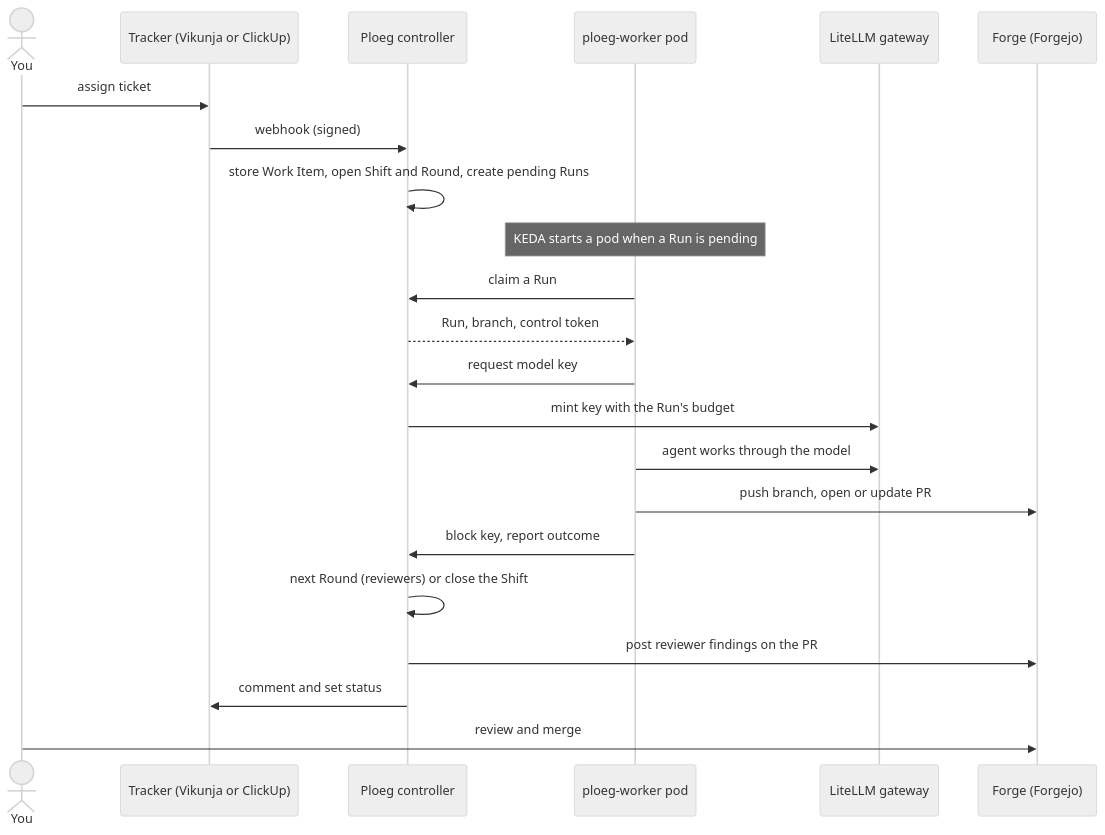
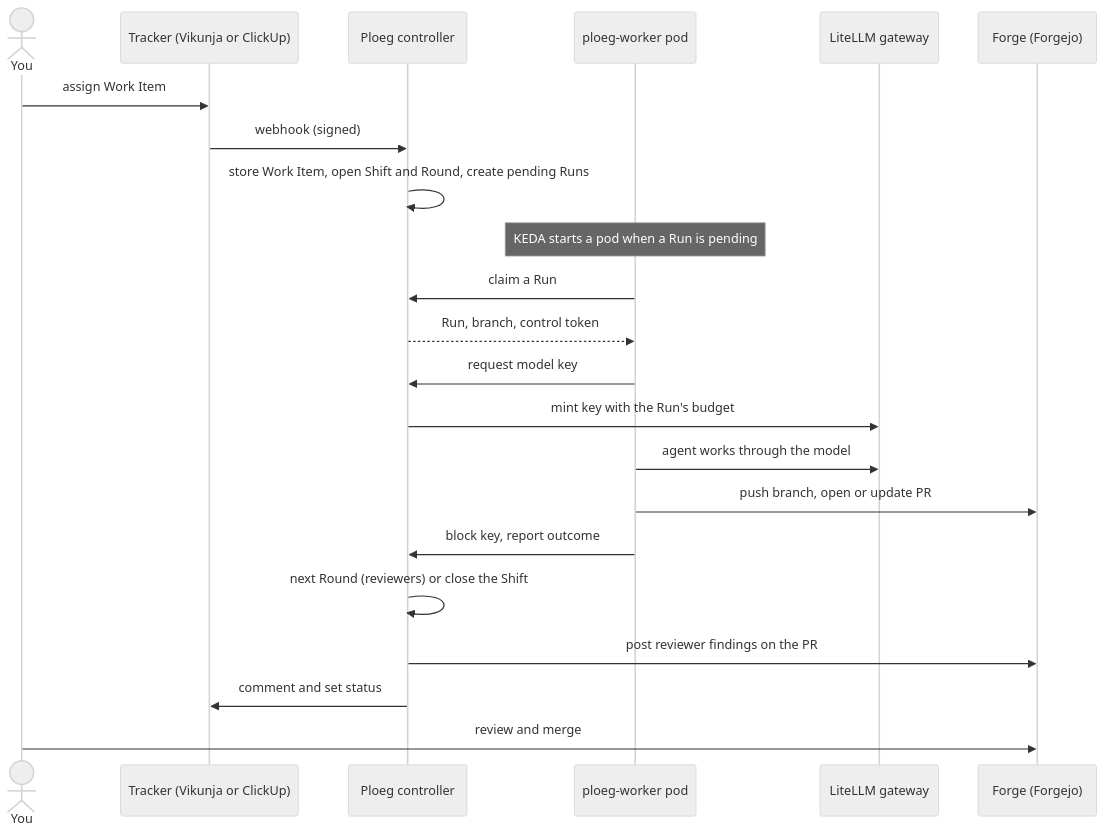
Before and after one commit to webgrip/glide: the diagram in docs/concepts/how-work-flows.md, drawn with Mermaid (neutral theme). The commit also changed other lines of this file and 17 other files, not shown here.

First line of the commit message:
docs: make the Work Item the unit of work and let work create work

````diff
--- a/docs/concepts/how-work-flows.md
+++ b/docs/concepts/how-work-flows.md
@@ -22,24 +22,24 @@
 ```mermaid
 sequenceDiagram
     actor You
     participant Tracker as Tracker (Vikunja or ClickUp)
     participant Ploeg as Ploeg controller
     participant Worker as ploeg-worker pod
     participant LiteLLM as LiteLLM gateway
     participant Forge as Forge (Forgejo)
-    You->>Tracker: assign ticket
+    You->>Tracker: assign Work Item
     Tracker->>Ploeg: webhook (signed)
     Ploeg->>Ploeg: store Work Item, open Shift and Round, create pending Runs
     Note over Worker: KEDA starts a pod when a Run is pending
     Worker->>Ploeg: claim a Run
     Ploeg-->>Worker: Run, branch, control token
     Worker->>Ploeg: request model key
     Ploeg->>LiteLLM: mint key with the Run's budget
     Worker->>LiteLLM: agent works through the model
     Worker->>Forge: push branch, open or update PR
     Worker->>Ploeg: block key, report outcome
     Ploeg->>Ploeg: next Round (reviewers) or close the Shift
     Ploeg->>Forge: post reviewer findings on the PR
     Ploeg->>Tracker: comment and set status
     You->>Forge: review and merge
 ```
````
